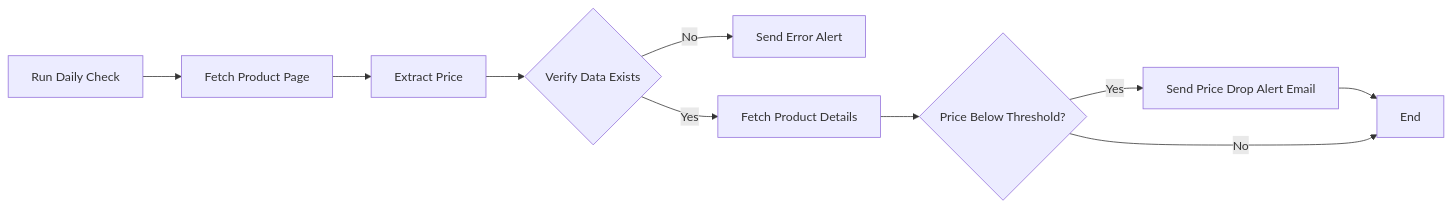
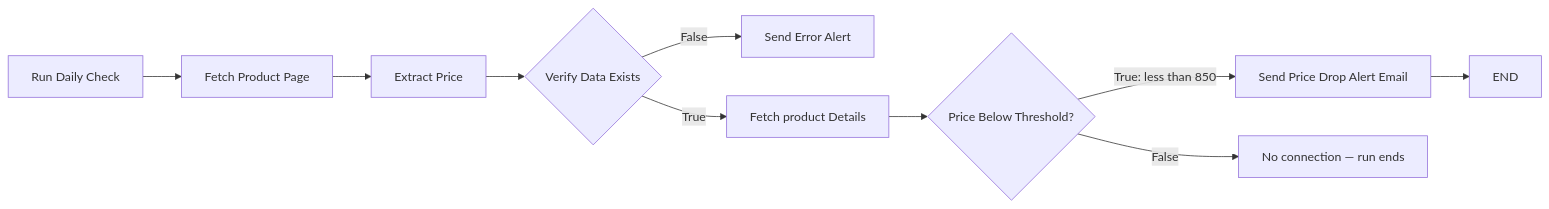
The diagram in price-drop-notifier/README.md (Shaban27-dev/n8n-workflows), drawn with Mermaid before and after one commit. The commit also changed other lines of this file, not shown here.

Commit message:
docs: improve Price Drop Notifier README

````diff
--- a/price-drop-notifier/README.md
+++ b/price-drop-notifier/README.md
@@ -67,14 +55,14 @@
 ```mermaid
 flowchart LR
     A[Run Daily Check] --> B[Fetch Product Page]
     B --> C[Extract Price]
     C --> D{Verify Data Exists}
-    
-    D -- No --> E[Send Error Alert]
-    D -- Yes --> F[Fetch Product Details]
-    
-    F --> G{"Price Below Threshold?"}
-    G -- Yes --> H[Send Price Drop Alert Email]
-    H --> I[End]
-    G -- No --> I
+
+    D -- False --> E[Send Error Alert]
+    D -- True --> F[Fetch product Details]
+
+    F --> G{Price Below Threshold?}
+    G -- True: less than 850 --> H[Send Price Drop Alert Email]
+    H --> I[END]
+    G -- False --> J[No connection — run ends]
 ```
````
